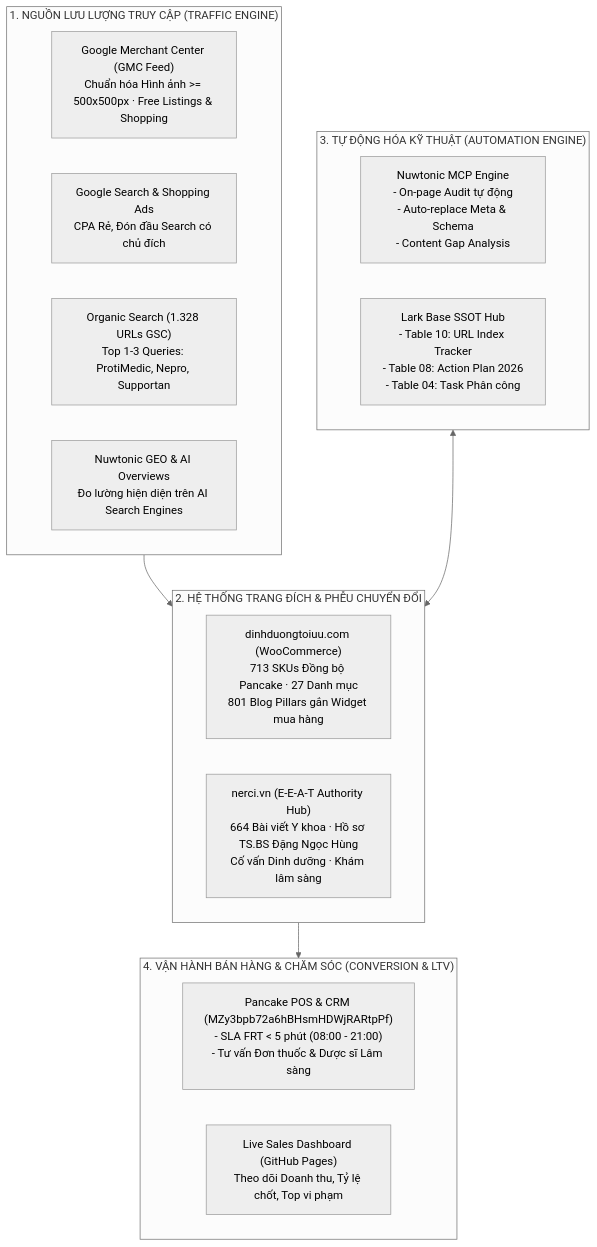
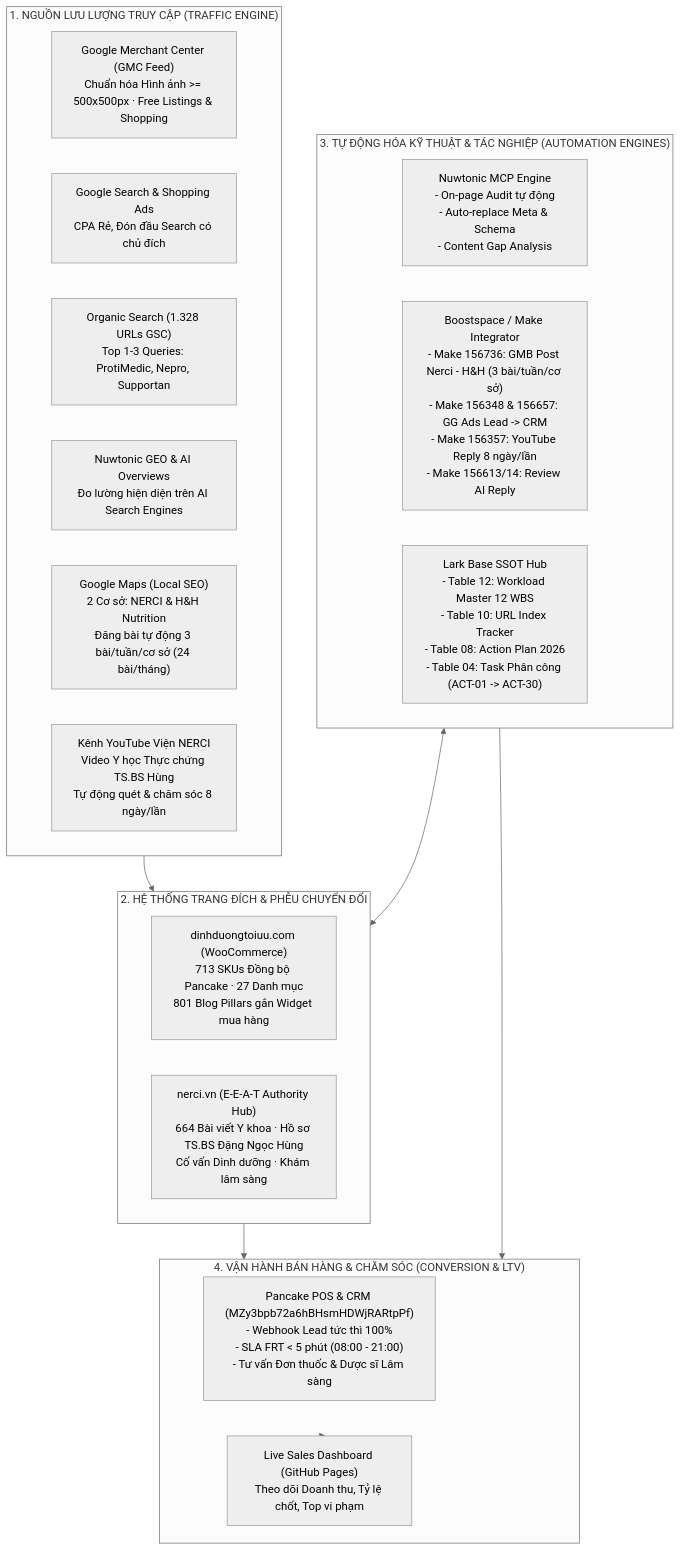
One commit to dai-duong-1992/nerci-wiki changed the first of 3 diagrams in content/Brand-Strategy/ke-hoach-performance-marketing-thang-11-2026-dinhduongtoiuu-nerci.md. Above: the diagram before and after it, drawn with Mermaid (neutral theme). The commit also changed other lines of this file and 3 other files, not shown here.

Commit message:
Add dedicated GSC Indexing project portal (/gsc-indexing/) with Lark Base links

````diff
--- a/content/Brand-Strategy/ke-hoach-performance-marketing-thang-11-2026-dinhduongtoiuu-nerci.md
+++ b/content/Brand-Strategy/ke-hoach-performance-marketing-thang-11-2026-dinhduongtoiuu-nerci.md
@@ -54,28 +62,33 @@
 ```mermaid
 flowchart TD
     subgraph Traffic ["1. NGUỒN LƯU LƯỢNG TRUY CẬP (TRAFFIC ENGINE)"]
         GMC_SHOPPING["Google Merchant Center (GMC Feed)<br/>Chuẩn hóa Hình ảnh >= 500x500px · Free Listings & Shopping"]
         GG_ADS["Google Search & Shopping Ads<br/>CPA Rẻ, Đón đầu Search có chủ đích"]
         SEO_ORG["Organic Search (1.328 URLs GSC)<br/>Top 1-3 Queries: ProtiMedic, Nepro, Supportan"]
         AI_GEO["Nuwtonic GEO & AI Overviews<br/>Đo lường hiện diện trên AI Search Engines"]
+        MAPS_LOC["Google Maps (Local SEO)<br/>2 Cơ sở: NERCI & H&H Nutrition<br/>Đăng bài tự động 3 bài/tuần/cơ sở (24 bài/tháng)"]
+        YT_NERCI["Kênh YouTube Viện NERCI<br/>Video Y học Thực chứng TS.BS Hùng<br/>Tự động quét & chăm sóc 8 ngày/lần"]
     end
 
     subgraph Hubs ["2. HỆ THỐNG TRANG ĐÍCH & PHỄU CHUYỂN ĐỔI"]
         DND["dinhduongtoiuu.com (WooCommerce)<br/>713 SKUs Đồng bộ Pancake · 27 Danh mục<br/>801 Blog Pillars gắn Widget mua hàng"]
         NERCI["nerci.vn (E-E-A-T Authority Hub)<br/>664 Bài viết Y khoa · Hồ sơ TS.BS Đặng Ngọc Hùng<br/>Cố vấn Dinh dưỡng · Khám lâm sàng"]
     end
 
-    subgraph Automation ["3. TỰ ĐỘNG HÓA KỸ THUẬT (AUTOMATION ENGINE)"]
+    subgraph Automation ["3. TỰ ĐỘNG HÓA KỸ THUẬT & TÁC NGHIỆP (AUTOMATION ENGINES)"]
         NUW["Nuwtonic MCP Engine<br/>- On-page Audit tự động<br/>- Auto-replace Meta & Schema<br/>- Content Gap Analysis"]
-        LARK["Lark Base SSOT Hub<br/>- Table 10: URL Index Tracker<br/>- Table 08: Action Plan 2026<br/>- Table 04: Task Phân công"]
+        BOOST["Boostspace / Make Integrator<br/>- Make 156736: GMB Post Nerci - H&H (3 bài/tuần/cơ sở)<br/>- Make 156348 & 156657: GG Ads Lead -> CRM<br/>- Make 156357: YouTube Reply 8 ngày/lần<br/>- Make 156613/14: Review AI Reply"]
+        LARK["Lark Base SSOT Hub<br/>- Table 12: Workload Master 12 WBS<br/>- Table 10: URL Index Tracker<br/>- Table 08: Action Plan 2026<br/>- Table 04: Task Phân công (ACT-01 -> ACT-30)"]
     end
 
     subgraph CRM ["4. VẬN HÀNH BÁN HÀNG & CHĂM SÓC (CONVERSION & LTV)"]
-        PAN["Pancake POS & CRM (MZy3bpb72a6hBHsmHDWjRARtpPf)<br/>- SLA FRT < 5 phút (08:00 - 21:00)<br/>- Tư vấn Đơn thuốc & Dược sĩ Lâm sàng"]
+        PAN["Pancake POS & CRM (MZy3bpb72a6hBHsmHDWjRARtpPf)<br/>- Webhook Lead tức thì 100%<br/>- SLA FRT < 5 phút (08:00 - 21:00)<br/>- Tư vấn Đơn thuốc & Dược sĩ Lâm sàng"]
         DASH["Live Sales Dashboard (GitHub Pages)<br/>Theo dõi Doanh thu, Tỷ lệ chốt, Top vi phạm"]
     end
 
     Traffic --> Hubs
     Automation <--> Hubs
     Hubs --> CRM
+    Automation --> CRM
+    CRM --> DASH
 ```
````
